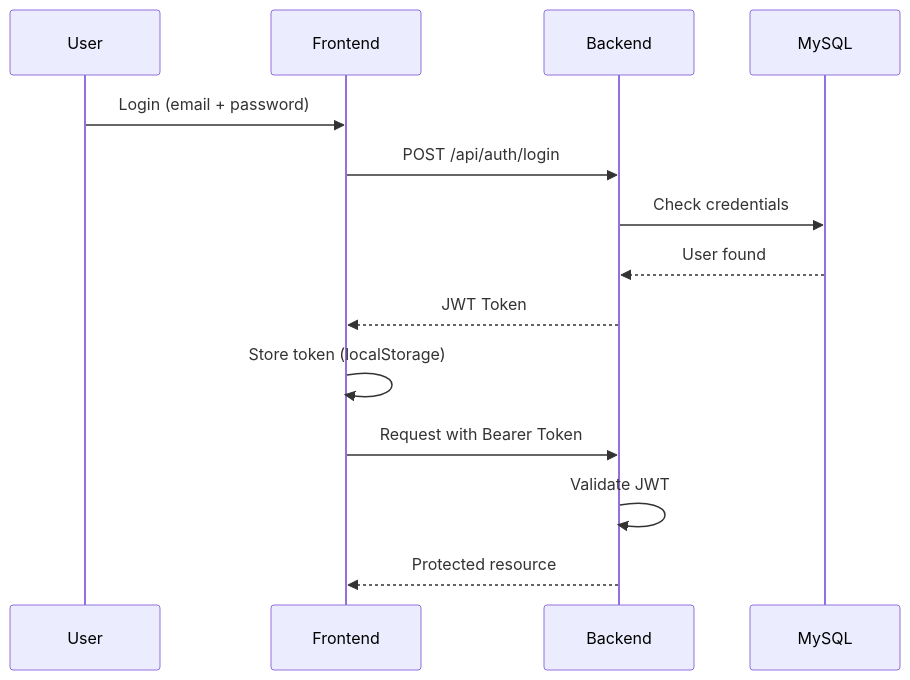
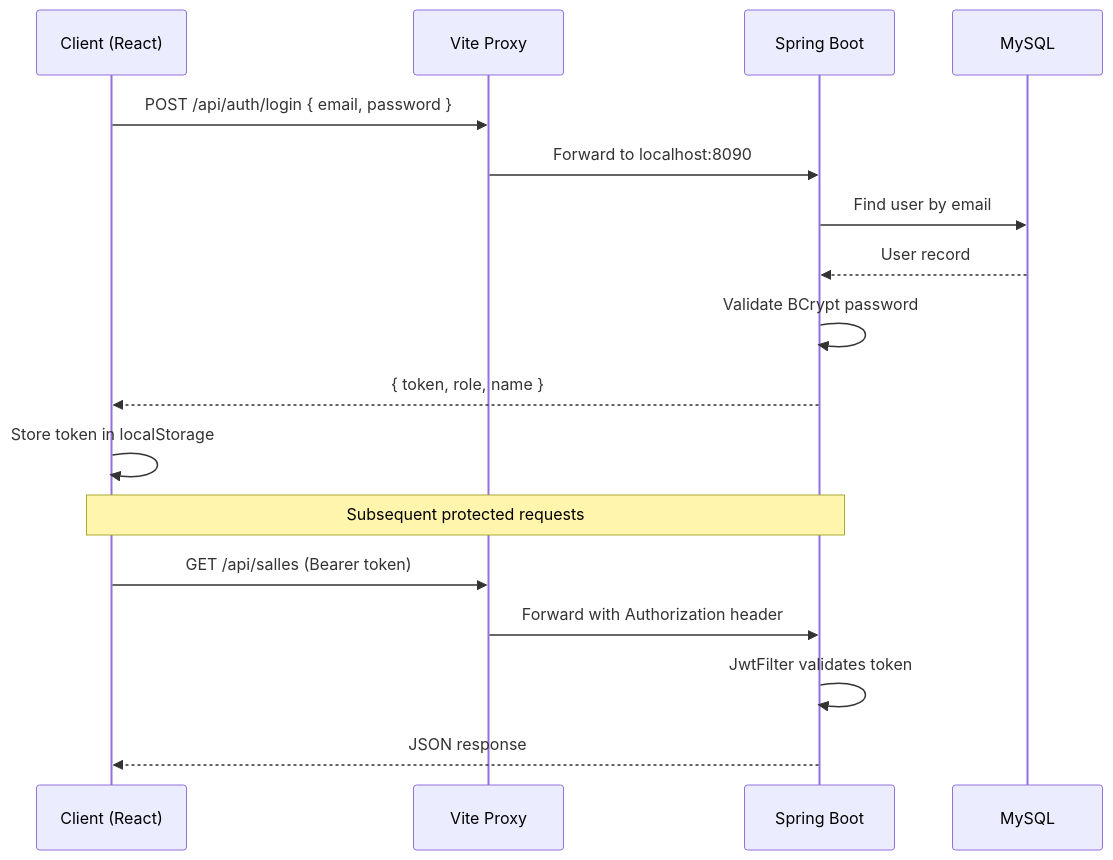
One commit to ilyasseyounes1/campus-room-booking changed the third of 3 diagrams in README.md. Above: the diagram before and after it, drawn with Mermaid. The commit also changed other lines of this file and 2 other files, not shown here.

````diff
--- a/README.md
+++ b/README.md
@@ -80,17 +235,22 @@
 ```mermaid
 sequenceDiagram
-    participant U as User
-    participant F as Frontend
-    participant B as Backend
-    participant DB as MySQL
+    participant C as Client (React)
+    participant V as Vite Proxy
+    participant B as Spring Boot
+    participant D as MySQL
 
-    U->>F: Login (email + password)
-    F->>B: POST /api/auth/login
-    B->>DB: Check credentials
-    DB-->>B: User found
-    B-->>F: JWT Token
-    F->>F: Store token (localStorage)
-    F->>B: Request with Bearer Token
-    B->>B: Validate JWT
-    B-->>F: Protected resource
+    C->>V: POST /api/auth/login { email, password }
+    V->>B: Forward to localhost:8090
+    B->>D: Find user by email
+    D-->>B: User record
+    B->>B: Validate BCrypt password
+    B-->>C: { token, role, name }
+    C->>C: Store token in localStorage
+
+    Note over C,B: Subsequent protected requests
+
+    C->>V: GET /api/salles (Bearer token)
+    V->>B: Forward with Authorization header
+    B->>B: JwtFilter validates token
+    B-->>C: JSON response
 ```
````
